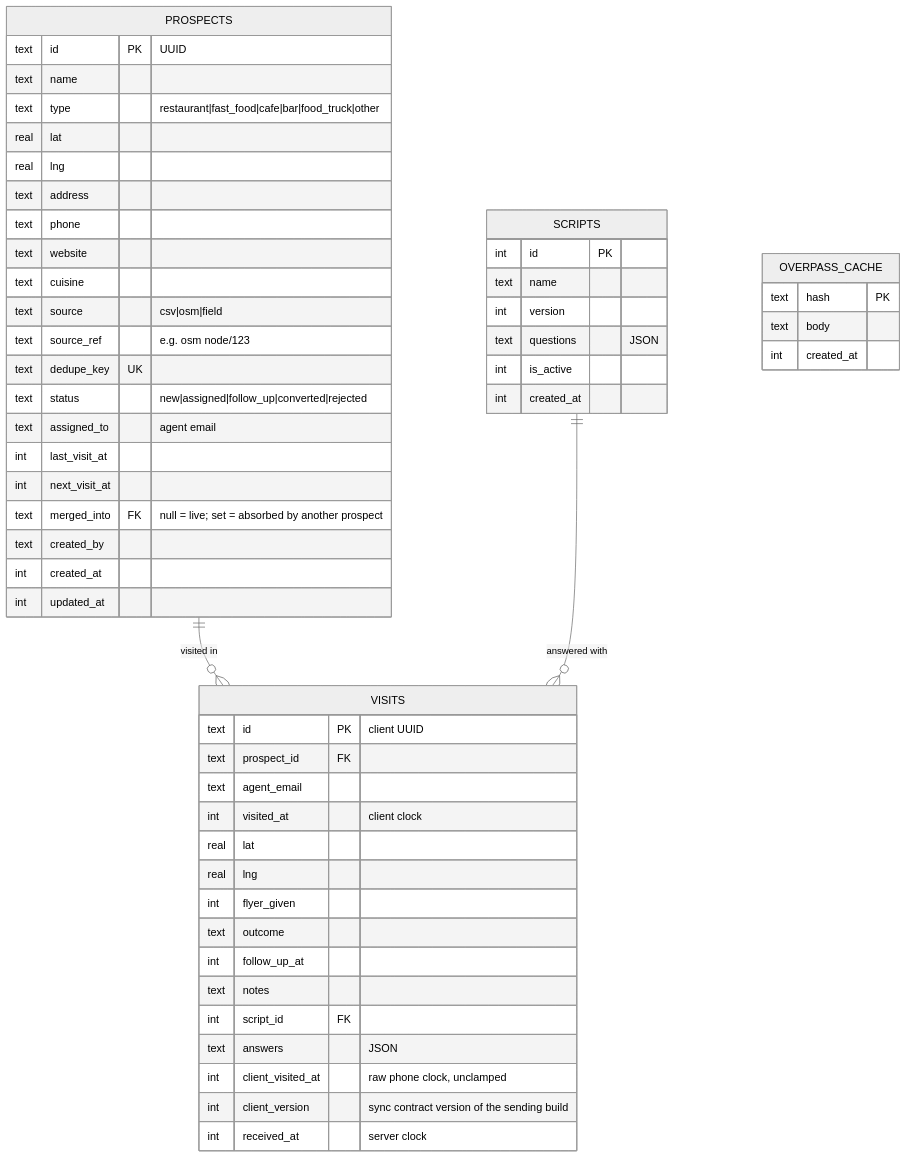
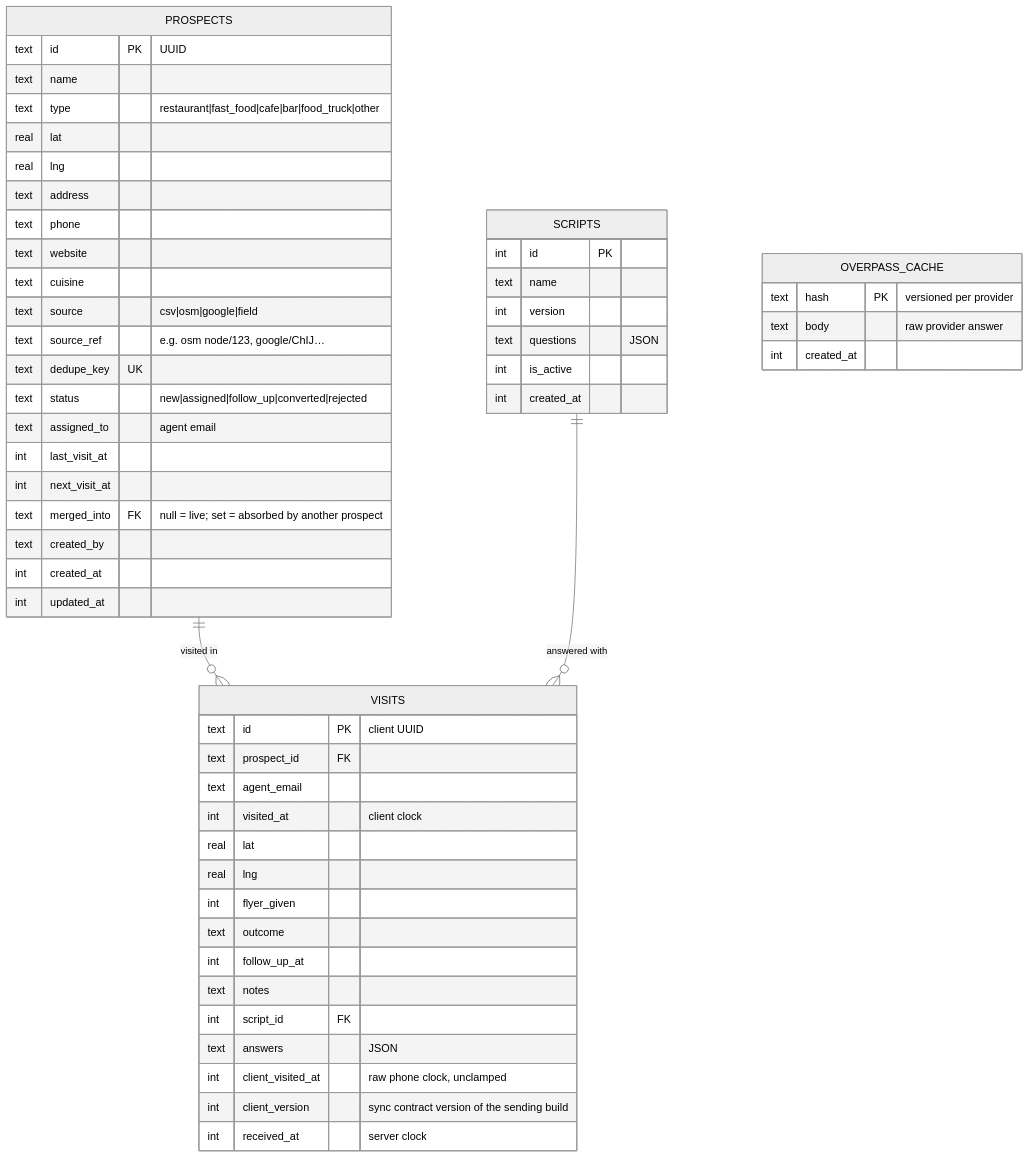
One commit to FixbyteStudio/captain-prospectus changed the diagram in docs/data-model.md. Above: the diagram before and after it, drawn with Mermaid (neutral theme). The commit also changed other lines of this file and 7 other files, not shown here.

````diff
--- a/docs/data-model.md
+++ b/docs/data-model.md
@@ -5,57 +5,57 @@
 ```mermaid
 erDiagram
   PROSPECTS ||--o{ VISITS : "visited in"
   SCRIPTS ||--o{ VISITS : "answered with"
   PROSPECTS {
     text id PK "UUID"
     text name
     text type "restaurant|fast_food|cafe|bar|food_truck|other"
     real lat
     real lng
     text address
     text phone
     text website
     text cuisine
-    text source "csv|osm|field"
-    text source_ref "e.g. osm node/123"
+    text source "csv|osm|google|field"
+    text source_ref "e.g. osm node/123, google/ChIJ…"
     text dedupe_key UK
     text status "new|assigned|follow_up|converted|rejected"
     text assigned_to "agent email"
     int last_visit_at
     int next_visit_at
     text merged_into FK "null = live; set = absorbed by another prospect"
     text created_by
     int created_at
     int updated_at
   }
   VISITS {
     text id PK "client UUID"
     text prospect_id FK
     text agent_email
     int visited_at "client clock"
     real lat
     real lng
     int flyer_given
     text outcome
     int follow_up_at
     text notes
     int script_id FK
     text answers "JSON"
     int client_visited_at "raw phone clock, unclamped"
     int client_version "sync contract version of the sending build"
     int received_at "server clock"
   }
   SCRIPTS {
     int id PK
     text name
     int version
     text questions "JSON"
     int is_active
     int created_at
   }
   OVERPASS_CACHE {
-    text hash PK
-    text body
+    text hash PK "versioned per provider"
+    text body "raw provider answer"
     int created_at
   }
 ```
````
